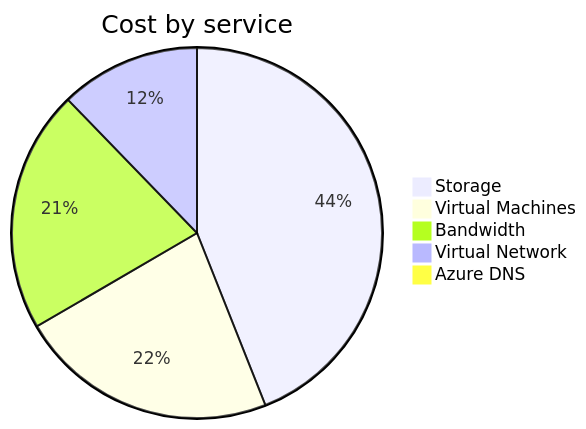
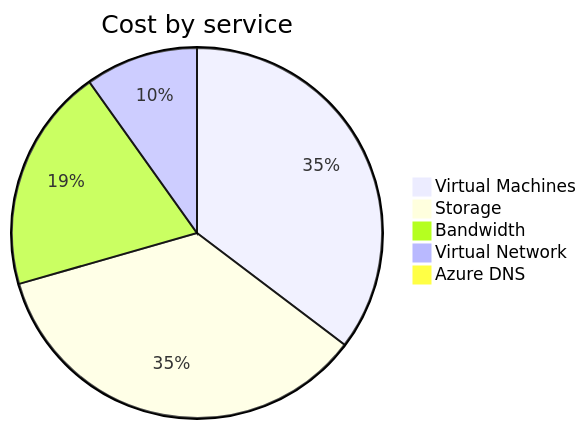
Before and after one commit to jpfulton/azure-personal-reports: the second of 4 diagrams in cost-reports/personal-network/README.md, drawn with Mermaid. The commit also changed other lines of this file and 8 other files, not shown here.

````diff
--- a/cost-reports/personal-network/README.md
+++ b/cost-reports/personal-network/README.md
@@ -99,9 +99,9 @@
 ```mermaid
 pie
    title Cost by service
-   "Storage" : 4.24
-   "Virtual Machines" : 2.18
-   "Bandwidth" : 2.04
-   "Virtual Network" : 1.18
-   "Azure DNS" : 0.08
+   "Virtual Machines" : 5.16
+   "Storage" : 5.15
+   "Bandwidth" : 2.86
+   "Virtual Network" : 1.44
+   "Azure DNS" : 0.10
 ```
````
